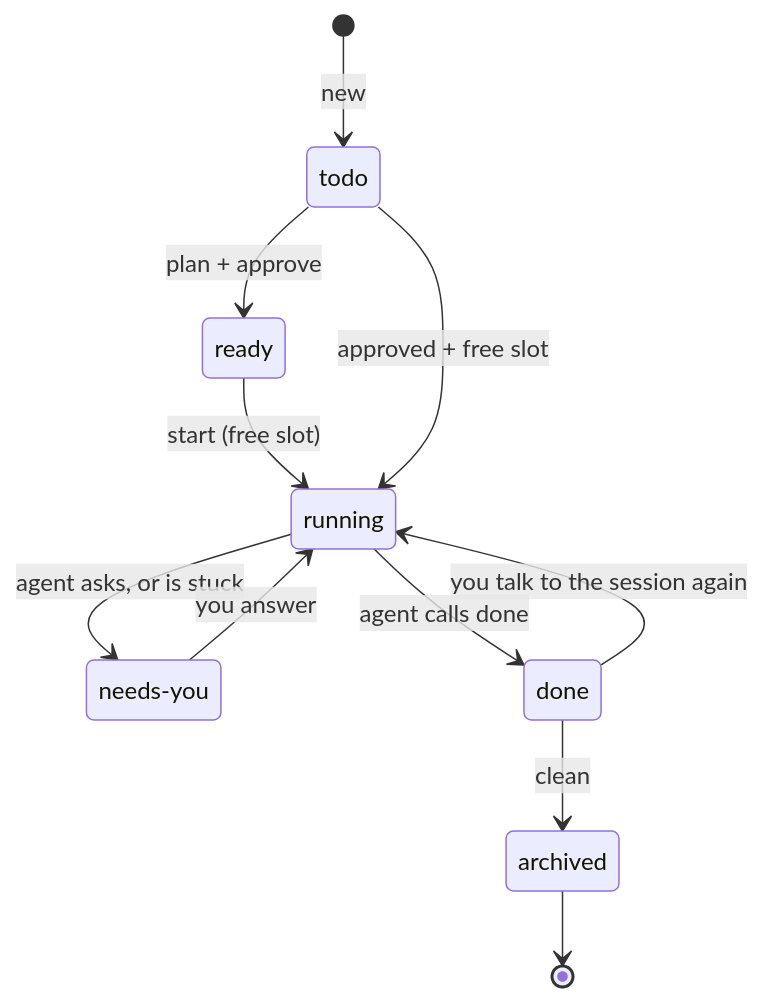
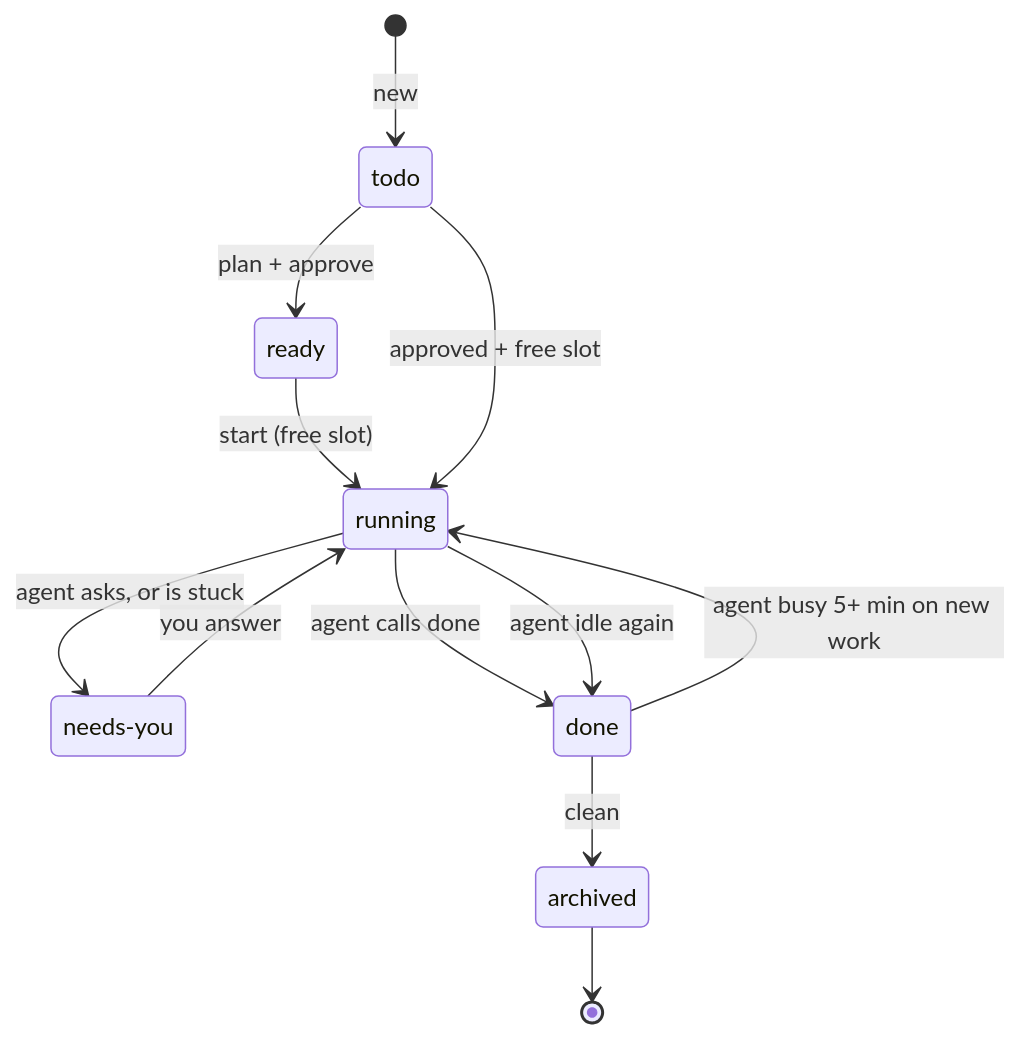
One commit to RomainBdt/herdr-board changed the second of 2 diagrams in README.md. Above: the diagram before and after it, drawn with Mermaid. The commit also changed other lines of this file and 2 other files, not shown here.

Commit message:
HB-41: keep finished cards in Done; reopen only on sustained new work and settle back

````diff
--- a/README.md
+++ b/README.md
@@ -45,14 +45,15 @@
 ```mermaid
 stateDiagram-v2
   [*] --> todo: new
   todo --> ready: plan + approve
   ready --> running: start (free slot)
   todo --> running: approved + free slot
   running --> needs_you: agent asks, or is stuck
   needs_you --> running: you answer
   running --> done: agent calls done
-  done --> running: you talk to the session again
+  done --> running: agent busy 5+ min on new work
+  running --> done: agent idle again
   done --> archived: clean
   archived --> [*]
   needs_you: needs-you
 ```
````
